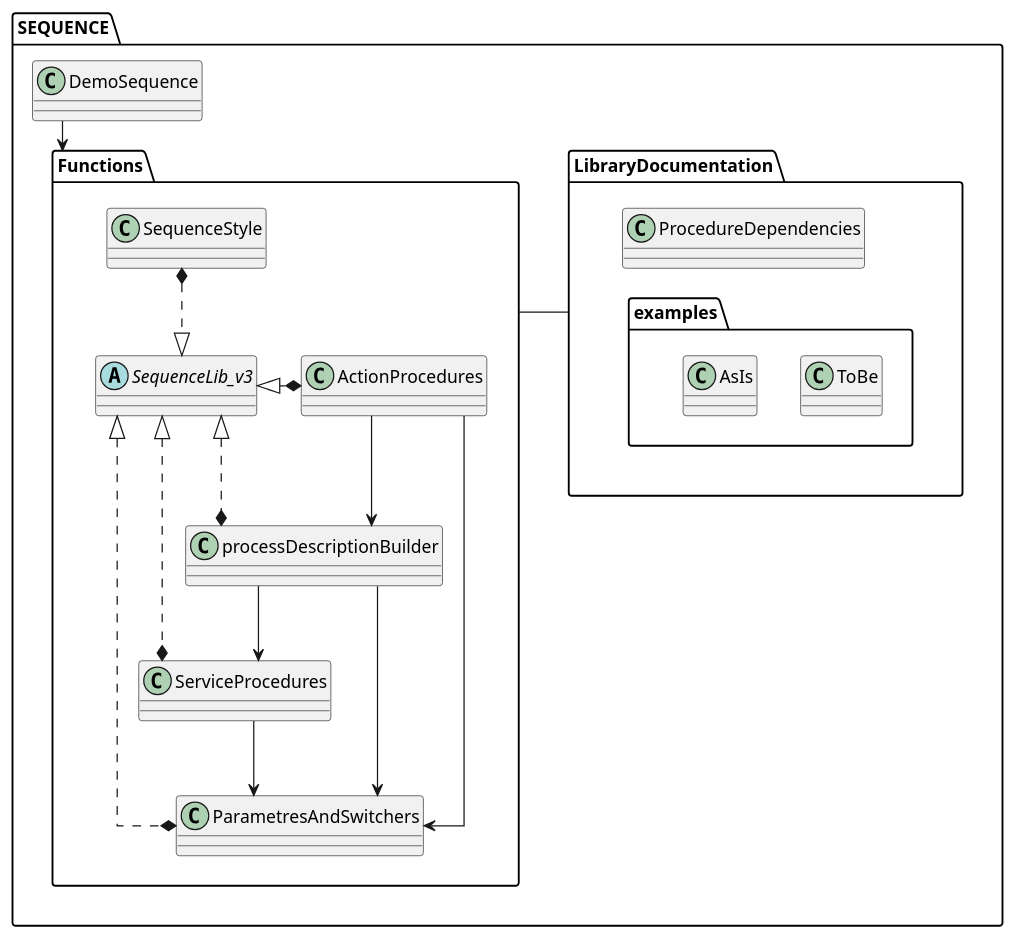
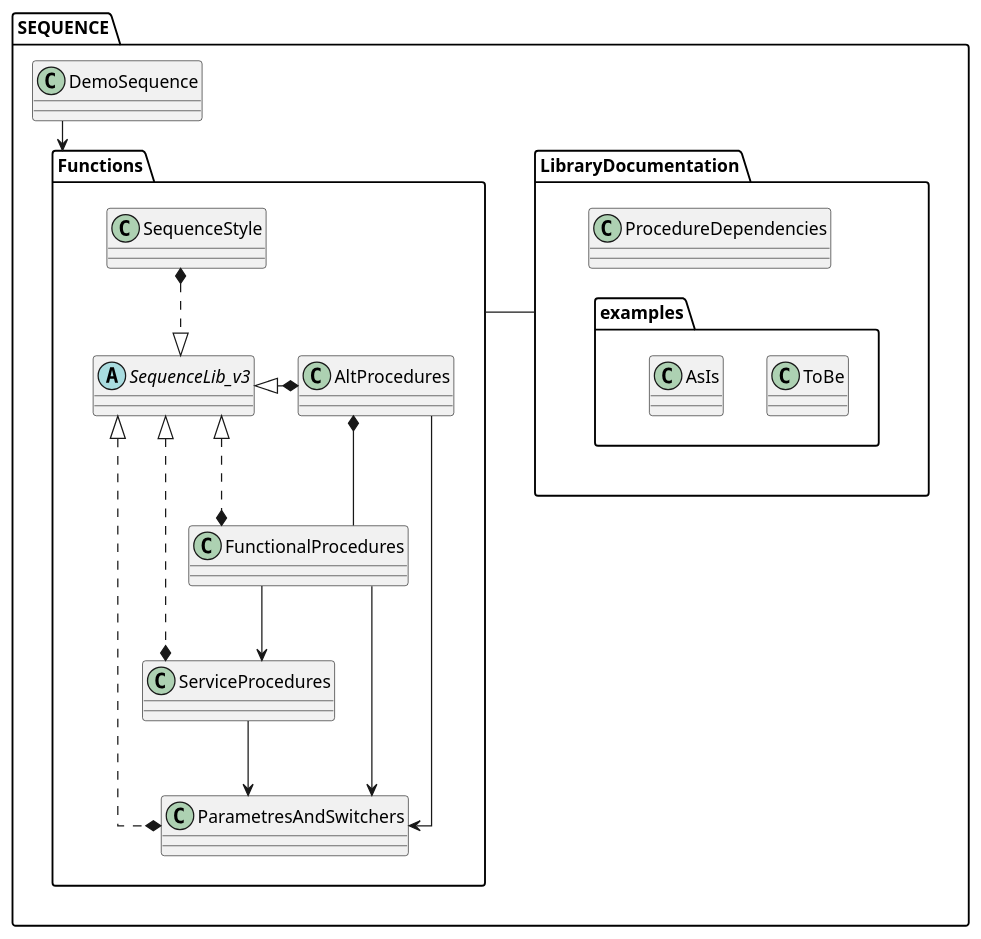
Before and after one commit to leraRadicovich/plantUML_Lib: the diagram in SEQUENCE/LibraryDocumentation/ProcedureDependencies.puml, drawn with PlantUML. The commit also changed 7 other files, not shown here.

```diff
--- a/SEQUENCE/LibraryDocumentation/ProcedureDependencies.puml
+++ b/SEQUENCE/LibraryDocumentation/ProcedureDependencies.puml
@@ -1,39 +1,39 @@
 @startuml
 skinparam linetype ortho
 'left to right direction
 package SEQUENCE {
     package Functions {
         abstract "SequenceLib_v3" as lib
         class "SequenceStyle" as style
         class "ParametresAndSwitchers" as params
-        class "ActionProcedures" as act
+        class "AltProcedures" as alt
         class "ServiceProcedures" as serv
-        class "processDescriptionBuilder" as procMap
+        class "FunctionalProcedures" as function
     }
 }
 class SEQUENCE.LibraryDocumentation.ProcedureDependencies
 class SEQUENCE.LibraryDocumentation.examples.ToBe
 class SEQUENCE.LibraryDocumentation.examples.AsIs
 class SEQUENCE.DemoSequence
 
 style *..|> lib
 lib <|..* params
-lib <|.* act
+lib <|.* alt
 lib <|.* serv
-lib <|..* procMap
+lib <|..* function
 
-act --> params
-act --> procMap
+alt --> params
+alt *-- function
 
-procMap --> serv
-procMap --> params
+function --> serv
+function --> params
 
 serv --> params
 
 SEQUENCE.LibraryDocumentation -right- SEQUENCE.Functions
 
 SEQUENCE.LibraryDocumentation.ProcedureDependencies -[hidden]- SEQUENCE.LibraryDocumentation.examples
 
 SEQUENCE.DemoSequence --> SEQUENCE.Functions
 
 @enduml0
```
